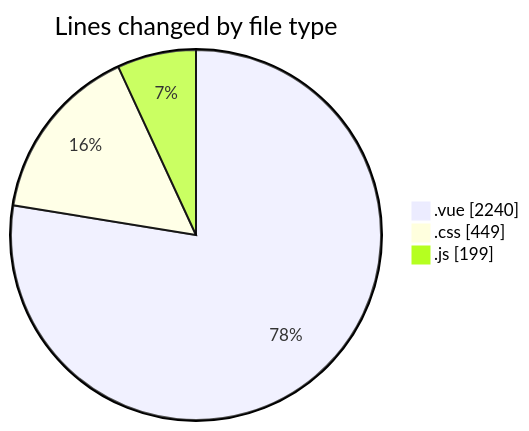
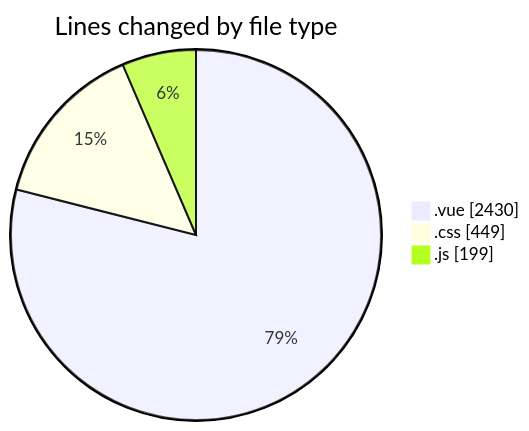
The first of 2 diagrams in 2025-08-10/rentotp/README.md (lephambinh05/code-tracking), drawn with Mermaid before and after one commit. The commit also changed other lines of this file and 1 other file, not shown here.

````diff
--- a/2025-08-10/rentotp/README.md
+++ b/2025-08-10/rentotp/README.md
@@ -25,7 +25,7 @@
 ```mermaid
 pie showData
 title Lines changed by file type
-".vue" : 2240
+".vue" : 2430
 ".css" : 449
 ".js" : 199
 ```
````
